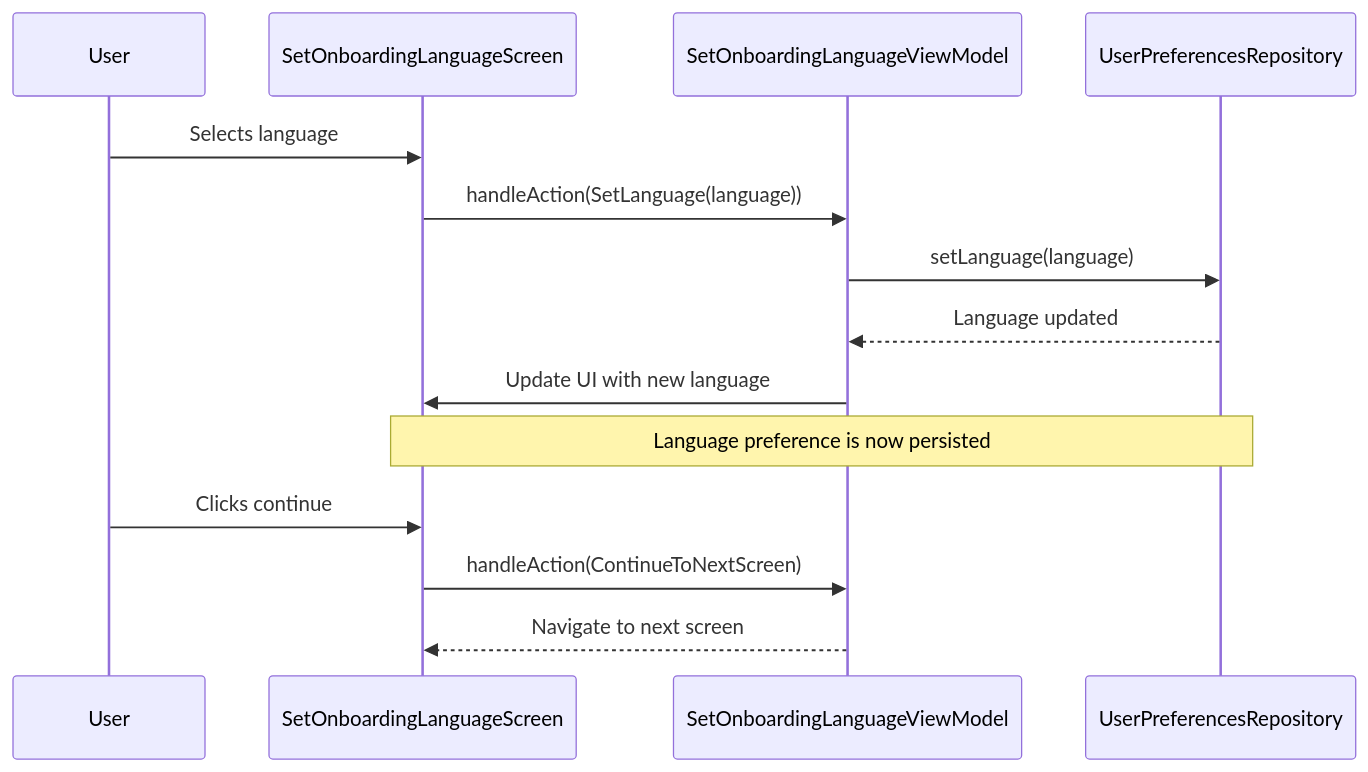
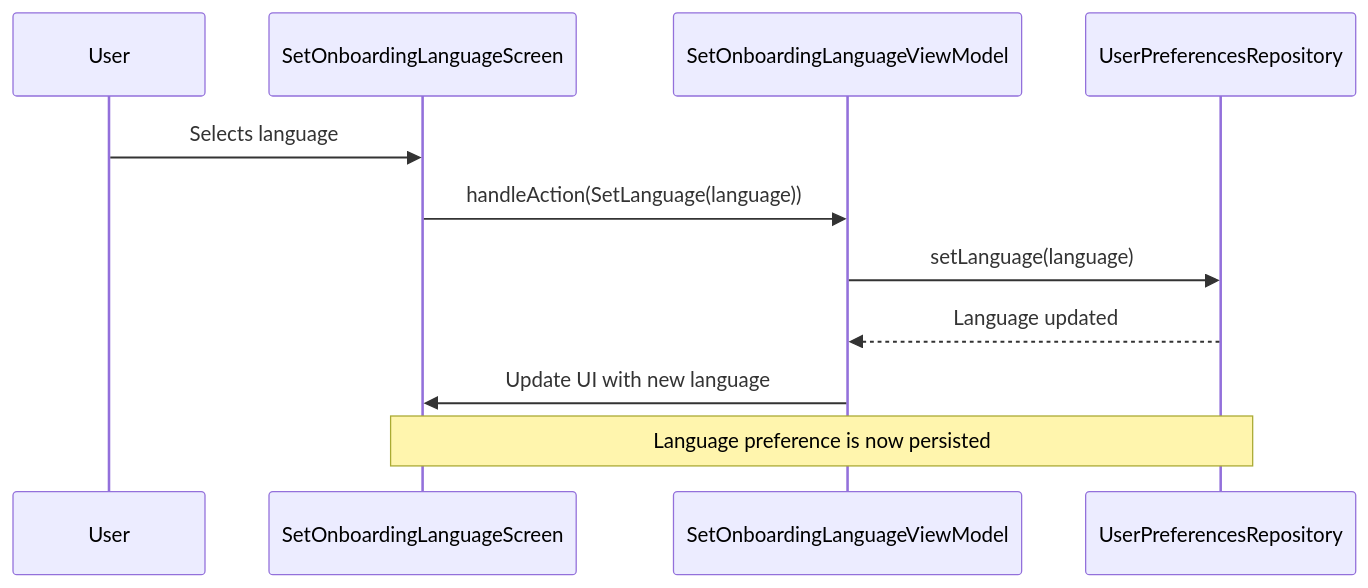
The first of 2 diagrams in feature/onboarding-language/README.md (openMF/mifos-mobile), drawn with Mermaid before and after one commit.

Commit message:
Update README to remove continue action details
Removed user action flow for continuing to the next screen.

````diff
--- a/feature/onboarding-language/README.md
+++ b/feature/onboarding-language/README.md
@@ -9,19 +9,15 @@
 ```mermaid
 sequenceDiagram
     participant User
     participant Screen as SetOnboardingLanguageScreen
     participant ViewModel as SetOnboardingLanguageViewModel
     participant Repository as UserPreferencesRepository
     
     User->>Screen: Selects language
     Screen->>ViewModel: handleAction(SetLanguage(language))
     ViewModel->>Repository: setLanguage(language)
     Repository-->>ViewModel: Language updated
     ViewModel->>Screen: Update UI with new language
     
     Note over Screen,Repository: Language preference is now persisted
-    
-    User->>Screen: Clicks continue
-    Screen->>ViewModel: handleAction(ContinueToNextScreen)
-    ViewModel-->>Screen: Navigate to next screen
 ```
````
